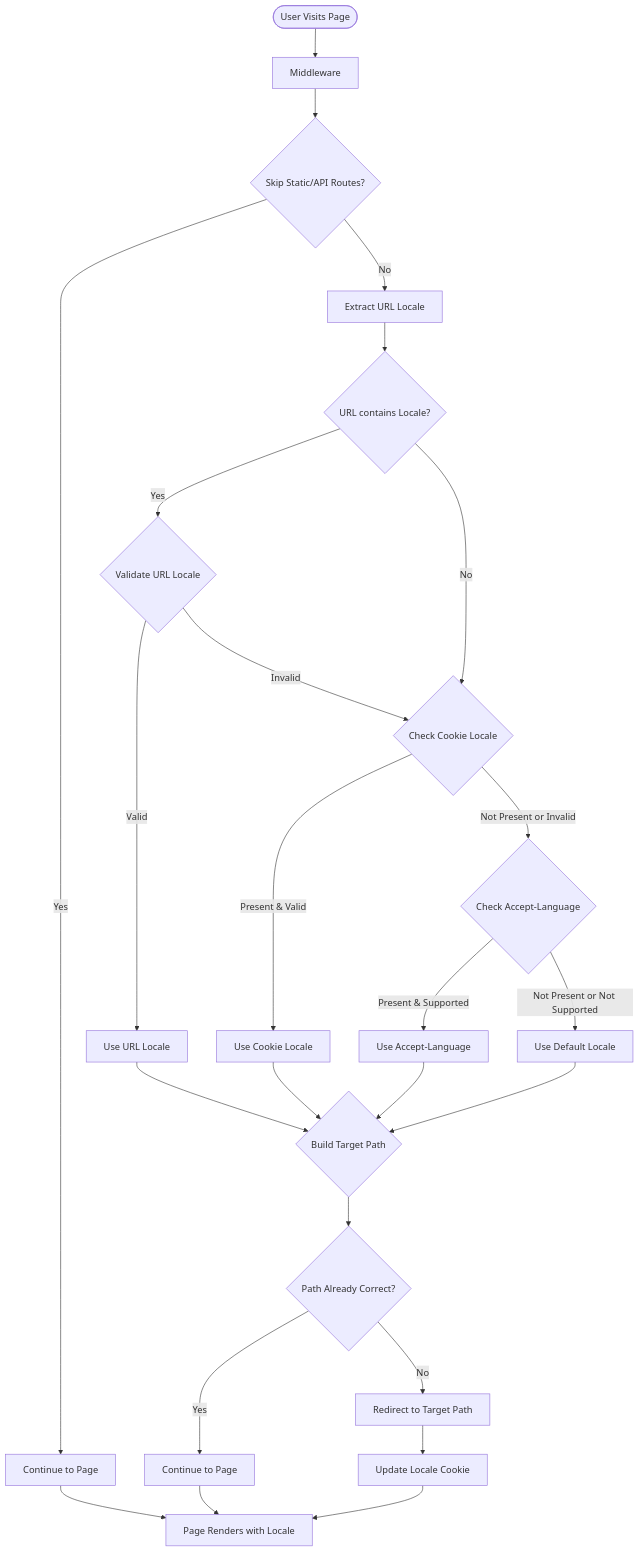
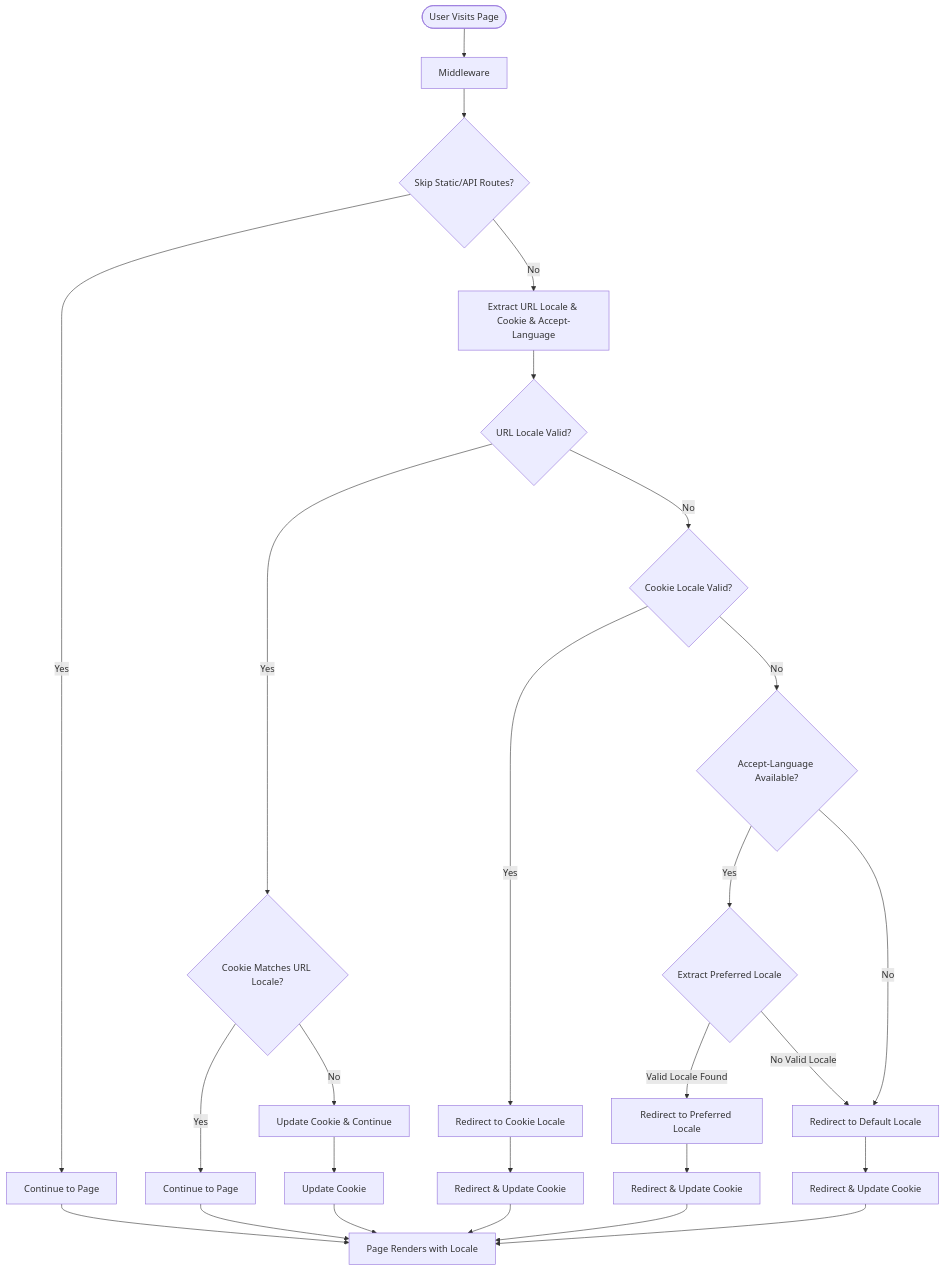
Before and after one commit to ekoindia/wlc-webapp: the diagram in docs/features/i18n-implementation.md, drawn with Mermaid.

Commit message:
feat: enhance locale detection and handling in middleware
- Refactor the middleware logic to streamline locale extraction from
  URL, cookies, and Accept-Language headers. This improves the
  accuracy of locale detection and ensures users are served the
  correct language based on their preferences.

````diff
--- a/docs/features/i18n-implementation.md
+++ b/docs/features/i18n-implementation.md
@@ -6,27 +6,28 @@
 ```mermaid
 graph TD
     A([User Visits Page]) --> B[Middleware]
     B --> C{Skip Static/API Routes?}
     C --> |Yes| Z[Continue to Page]
-    C --> |No| D[Extract URL Locale]
-    D --> E{URL contains Locale?}
-    E --> |Yes| F{Validate URL Locale}
-    E --> |No| G{Check Cookie Locale}
-    F --> |Valid| H[Use URL Locale]
-    F --> |Invalid| G
-    G --> |Present & Valid| I[Use Cookie Locale]
-    G --> |Not Present or Invalid| J{Check Accept-Language}
-    J --> |Present & Supported| K[Use Accept-Language]
-    J --> |Not Present or Not Supported| L[Use Default Locale]
-    H --> M{Build Target Path}
-    I --> M
-    K --> M
-    L --> M
-    M --> N{Path Already Correct?}
-    N --> |Yes| O[Continue to Page]
-    N --> |No| P[Redirect to Target Path]
-    P --> Q[Update Locale Cookie]
-    O --> R[Page Renders with Locale]
-    Q --> R
-    Z --> R
+    C --> |No| D[Extract URL Locale & Cookie & Accept-Language]
+    D --> E{URL Locale Valid?}
+    E --> |Yes| F{Cookie Matches URL Locale?}
+    E --> |No| G{Cookie Locale Valid?}
+    F --> |Yes| H[Continue to Page]
+    F --> |No| I[Update Cookie & Continue]
+    G --> |Yes| J[Redirect to Cookie Locale]
+    G --> |No| K{Accept-Language Available?}
+    K --> |Yes| L{Extract Preferred Locale}
+    K --> |No| M[Redirect to Default Locale]
+    L --> |Valid Locale Found| N[Redirect to Preferred Locale]
+    L --> |No Valid Locale| M
+    H --> O[Page Renders with Locale]
+    I --> P[Update Cookie]
+    J --> Q[Redirect & Update Cookie]
+    N --> R[Redirect & Update Cookie]
+    M --> S[Redirect & Update Cookie]
+    P --> O
+    Q --> O
+    R --> O
+    S --> O
+    Z --> O
 ```
````
